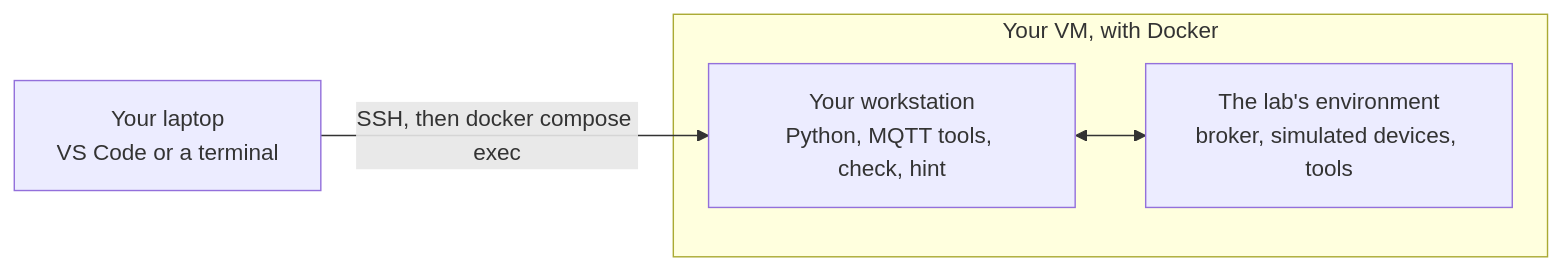
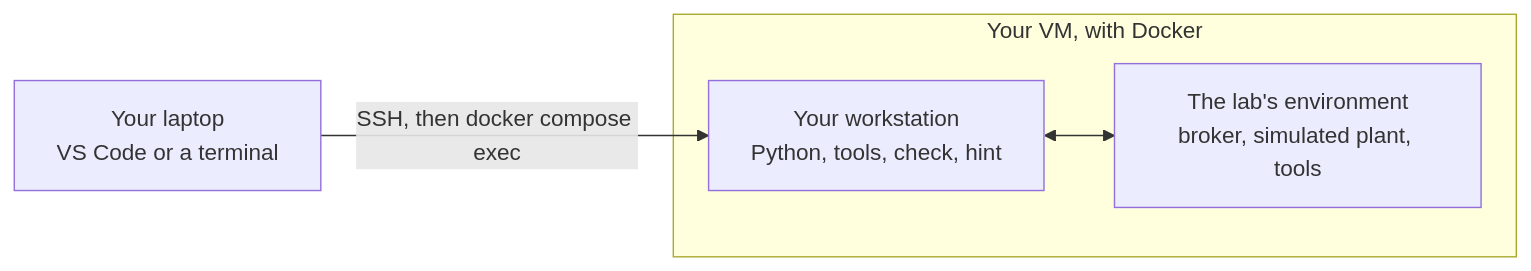
Before and after one commit to lmendiboure/IoT-Labs-UPPA: the second of 2 diagrams in README.md, drawn with Mermaid. The commit also changed other lines of this file and 13 other files, not shown here.

First line of the commit message:
Lab 1 in the plant: Adour Composites, and the course map

````diff
--- a/README.md
+++ b/README.md
@@ -28,10 +83,10 @@
 ```mermaid
 flowchart LR
     laptop["Your laptop<br/>VS Code or a terminal"]
     subgraph vm["Your VM, with Docker"]
-        ws["Your workstation<br/>Python, MQTT tools, check, hint"]
-        env["The lab's environment<br/>broker, simulated devices, tools"]
+        ws["Your workstation<br/>Python, tools, check, hint"]
+        env["The lab's environment<br/>broker, simulated plant, tools"]
     end
     laptop -- "SSH, then docker compose exec" --> ws
     ws <--> env
 ```
````
